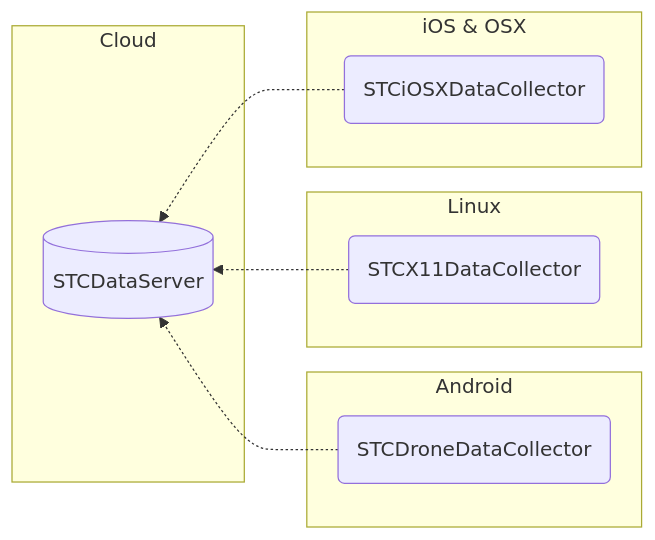
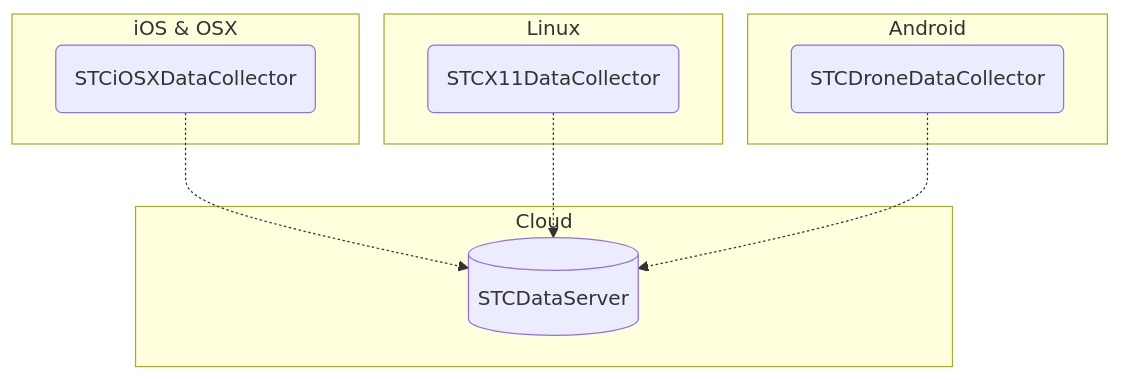
One commit to STCData/.github changed the diagram in profile/README.md. Above: the diagram before and after it, drawn with Mermaid.

````diff
--- a/profile/README.md
+++ b/profile/README.md
@@ -2,21 +2,21 @@
 ```mermaid
-flowchart RL
+flowchart TB
   subgraph iOS & OSX
     c1(STCiOSXDataCollector)
     click c1 href "https://github.com/STCData/STCiOSXDataCollector"
   end
   
   subgraph Linux
     c2(STCX11DataCollector)
     click c2 href "https://github.com/STCData/STCX11DataCollector"
   end
   subgraph Android 
     c3(STCDroneDataCollector)
     click c3 href "https://github.com/STCData/STCDroneDataCollector"
   end
   subgraph Cloud
     s[(STCDataServer)]
     click s href "https://github.com/STCData/STCDataServer"
   end
     c1 & c2 & c3 -.-> s
 ```
````
